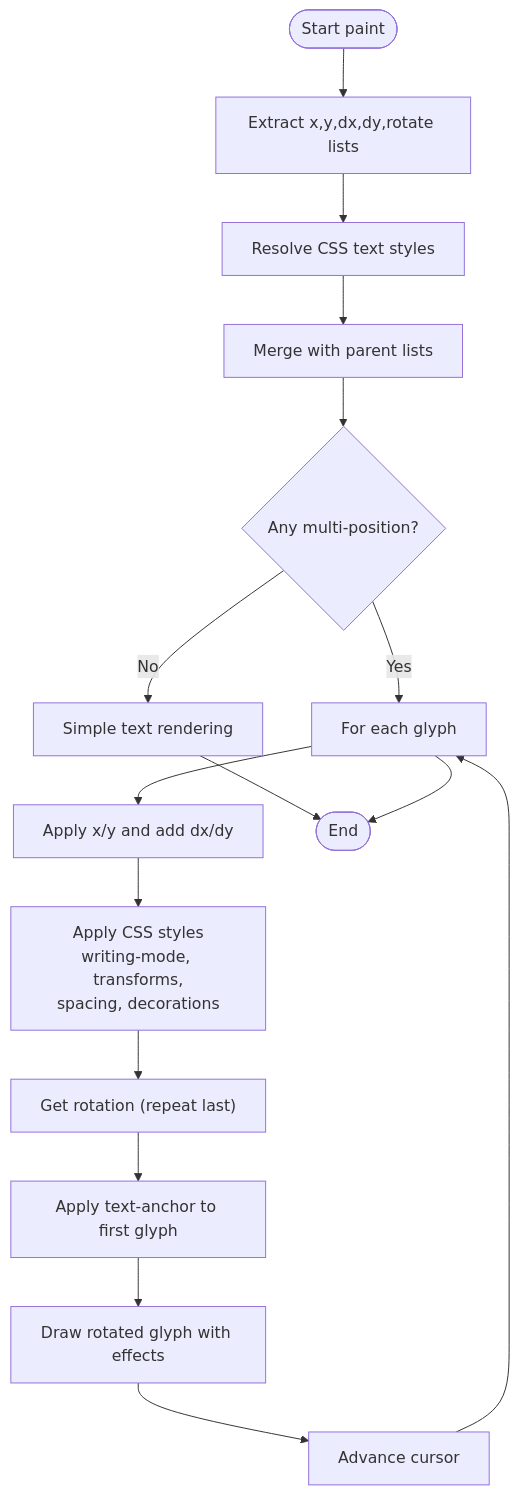
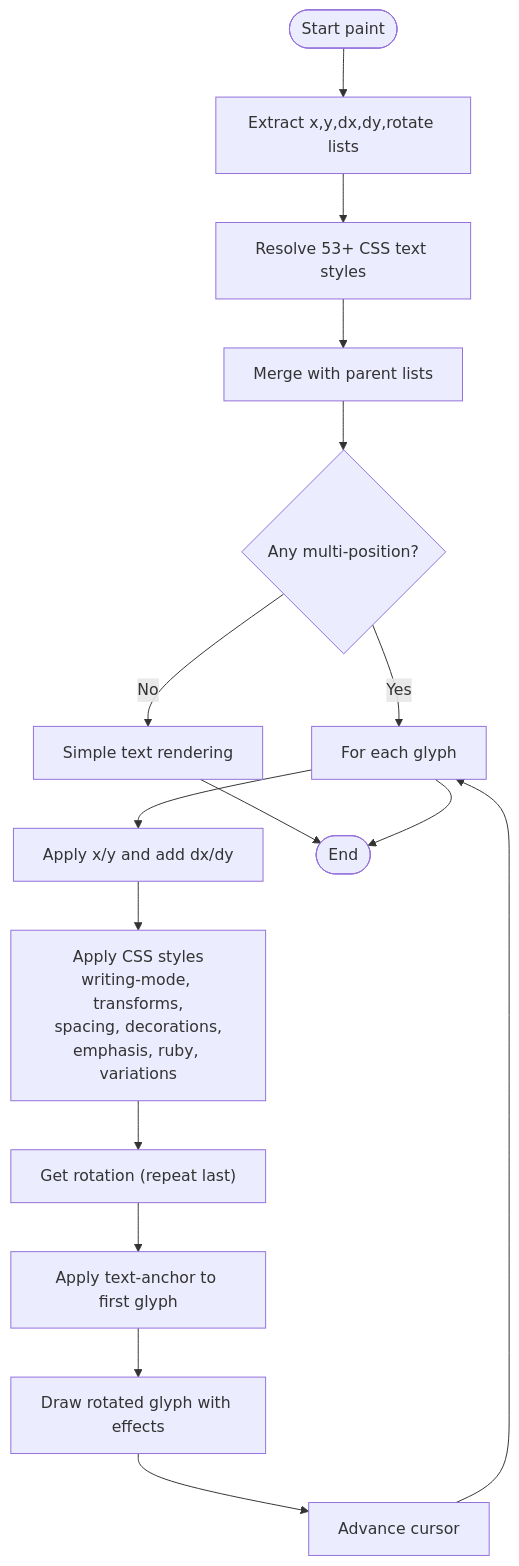
Before and after one commit to denisnadey/flutter_full_svg_support: the fourth of 5 diagrams in .qoder/repowiki/en/content/Animated SVG Support/Text Positioning Attributes.md, drawn with Mermaid. The commit also changed other lines of this file and 5 other files, not shown here.

First line of the commit message:
feat(animation): enhance text styling with 53 advanced CSS properties

````diff
--- a/.qoder/repowiki/en/content/Animated SVG Support/Text Positioning Attributes.md
+++ b/.qoder/repowiki/en/content/Animated SVG Support/Text Positioning Attributes.md
@@ -237,18 +291,18 @@
 ```mermaid
 flowchart TD
 Start(["Start paint"]) --> Extract["Extract x,y,dx,dy,rotate lists"]
-Extract --> CSS["Resolve CSS text styles"]
+Extract --> CSS["Resolve 53+ CSS text styles"]
 CSS --> Merge["Merge with parent lists"]
 Merge --> HasMulti{"Any multi-position?"}
 HasMulti --> |No| Simple["Simple text rendering"]
 HasMulti --> |Yes| Loop["For each glyph"]
 Loop --> ApplyPos["Apply x/y and add dx/dy"]
-ApplyPos --> CSSApply["Apply CSS styles<br/>writing-mode, transforms,<br/>spacing, decorations"]
+ApplyPos --> CSSApply["Apply CSS styles<br/>writing-mode, transforms,<br/>spacing, decorations,<br/>emphasis, ruby, variations"]
 CSSApply --> Rotate["Get rotation (repeat last)"]
 Rotate --> Anchor["Apply text-anchor to first glyph"]
 Anchor --> Draw["Draw rotated glyph with effects"]
 Draw --> Next["Advance cursor"]
 Next --> Loop
 Simple --> End(["End"])
 Loop --> End
 ```
````
